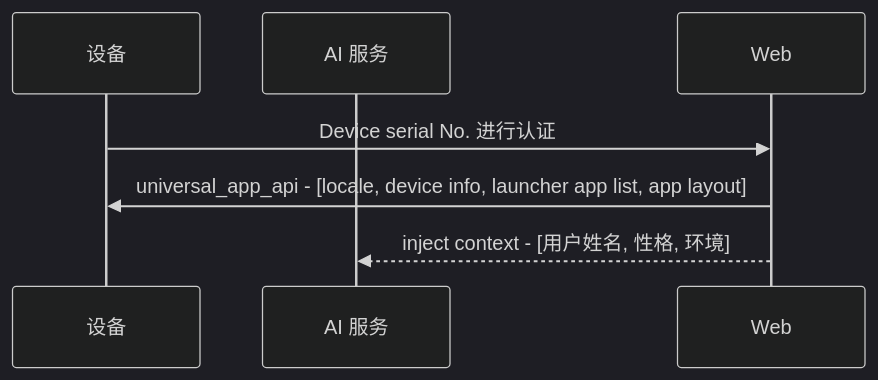
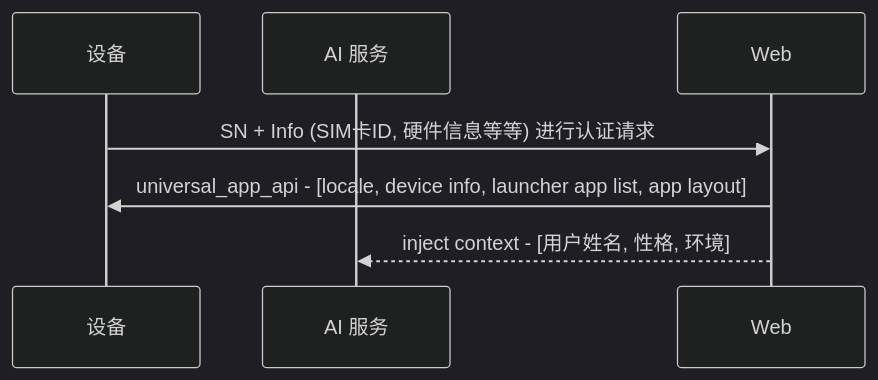
Before and after one commit to shaojun/open_docs: the first of 9 diagrams in projects/commercial/USER_STORY.md, drawn with Mermaid (dark theme).

````diff
--- a/projects/commercial/USER_STORY.md
+++ b/projects/commercial/USER_STORY.md
@@ -4,8 +4,8 @@
 ```mermaid
 sequenceDiagram
     participant Device as 设备
     participant AIService as AI 服务
-    Device->>Web: Device serial No. 进行认证
+    Device->>Web: SN + Info (SIM卡ID, 硬件信息等等) 进行认证请求
     Web->>Device: universal_app_api - [locale, device info, launcher app list, app layout]
     Web-->>AIService: inject context - [用户姓名, 性格, 环境]    
 ```
````
